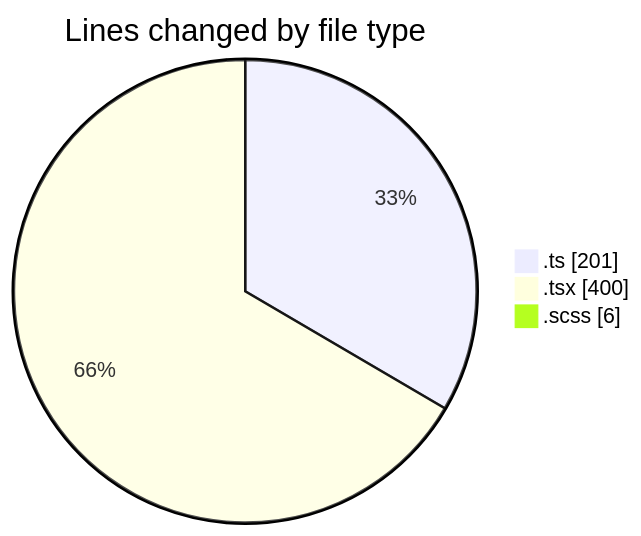
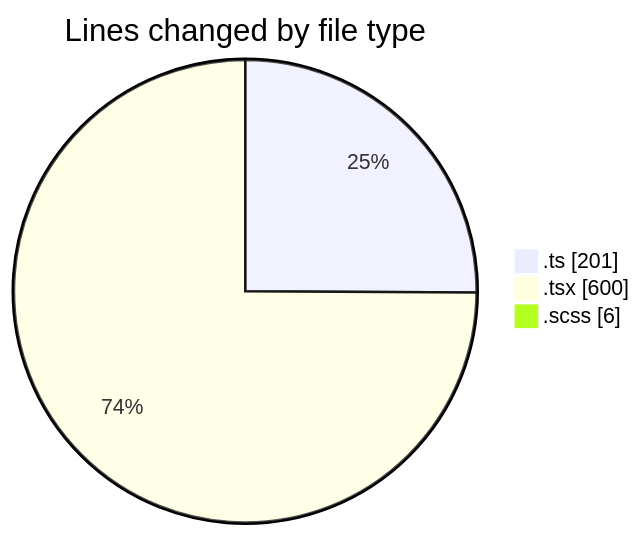
One commit to momahboobian/code-tracking changed the first of 2 diagrams in 2026-03-17/cda/README.md. Above: the diagram before and after it, drawn with Mermaid. The commit also changed other lines of this file and 1 other file, not shown here.

````diff
--- a/2026-03-17/cda/README.md
+++ b/2026-03-17/cda/README.md
@@ -23,7 +24,7 @@
 ```mermaid
 pie showData
 title Lines changed by file type
 ".ts" : 201
-".tsx" : 400
+".tsx" : 600
 ".scss" : 6
 ```
````
